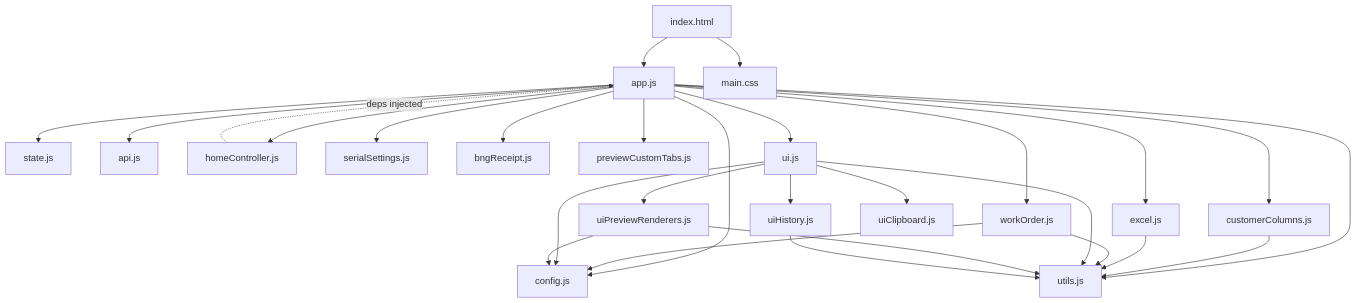
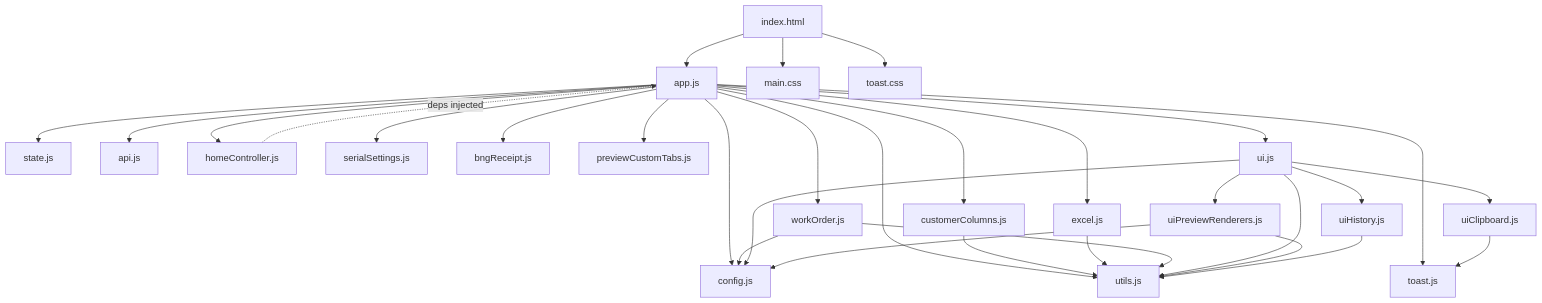
Before and after one commit to jongkrystal808/serializing: the diagram in doc/front-end map.md, drawn with Mermaid. The commit also changed other lines of this file and 196 other files, not shown here.

````diff
--- a/doc/front-end map.md
+++ b/doc/front-end map.md
@@ -10,35 +10,38 @@
 ```mermaid
 graph TD
     index["index.html"] --> app["app.js"]
     index --> css["main.css"]
+    index --> toastCss["toast.css"]
 
     app --> config["config.js"]
     app --> state["state.js"]
     app --> api["api.js"]
     app --> excel["excel.js"]
     app --> workOrder["workOrder.js"]
     app --> utils["utils.js"]
     app --> homeCtrl["homeController.js"]
     app --> custCols["customerColumns.js"]
     app --> serialSet["serialSettings.js"]
     app --> bngReceipt["bngReceipt.js"]
     app --> customTabs["previewCustomTabs.js"]
     app --> ui["ui.js"]
+    app --> toast["toast.js"]
 
     custCols --> utils
     excel --> utils
     workOrder --> config
     workOrder --> utils
 
     ui --> config
     ui --> utils
     ui --> uiPrev["uiPreviewRenderers.js"]
     ui --> uiClip["uiClipboard.js"]
     ui --> uiHist["uiHistory.js"]
 
     uiPrev --> config
     uiPrev --> utils
     uiHist --> utils
+    uiClip --> toast
 
     homeCtrl -. "deps injected" .-> app
 ```
````
